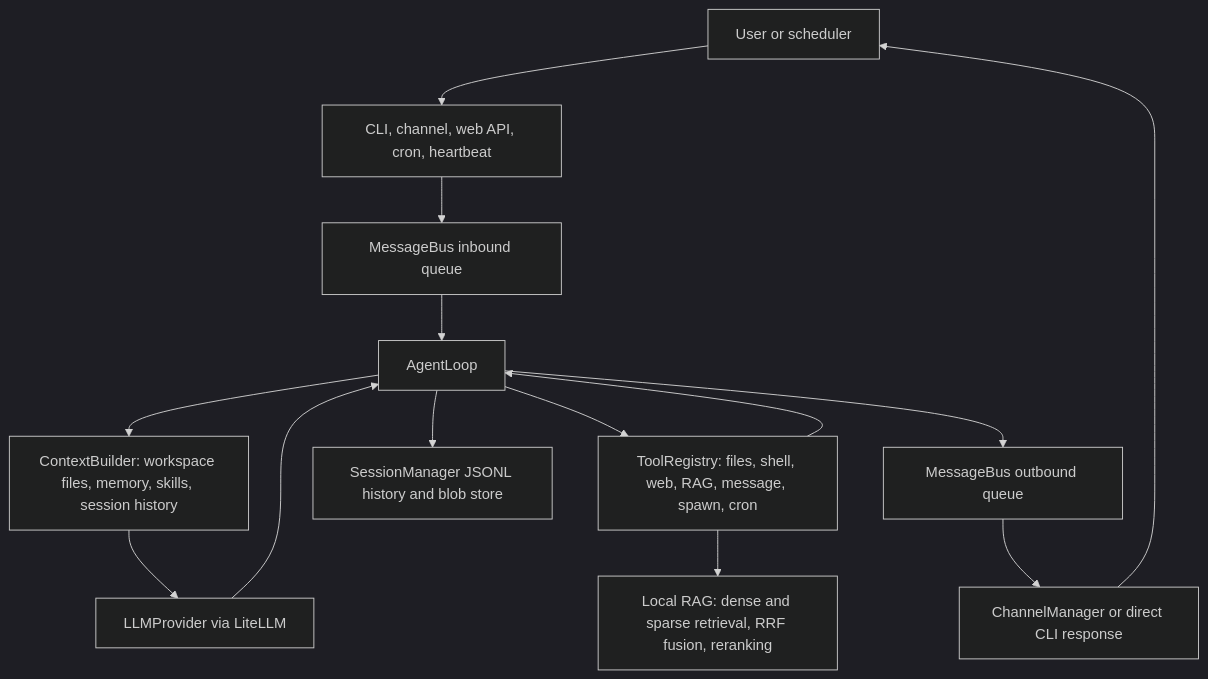
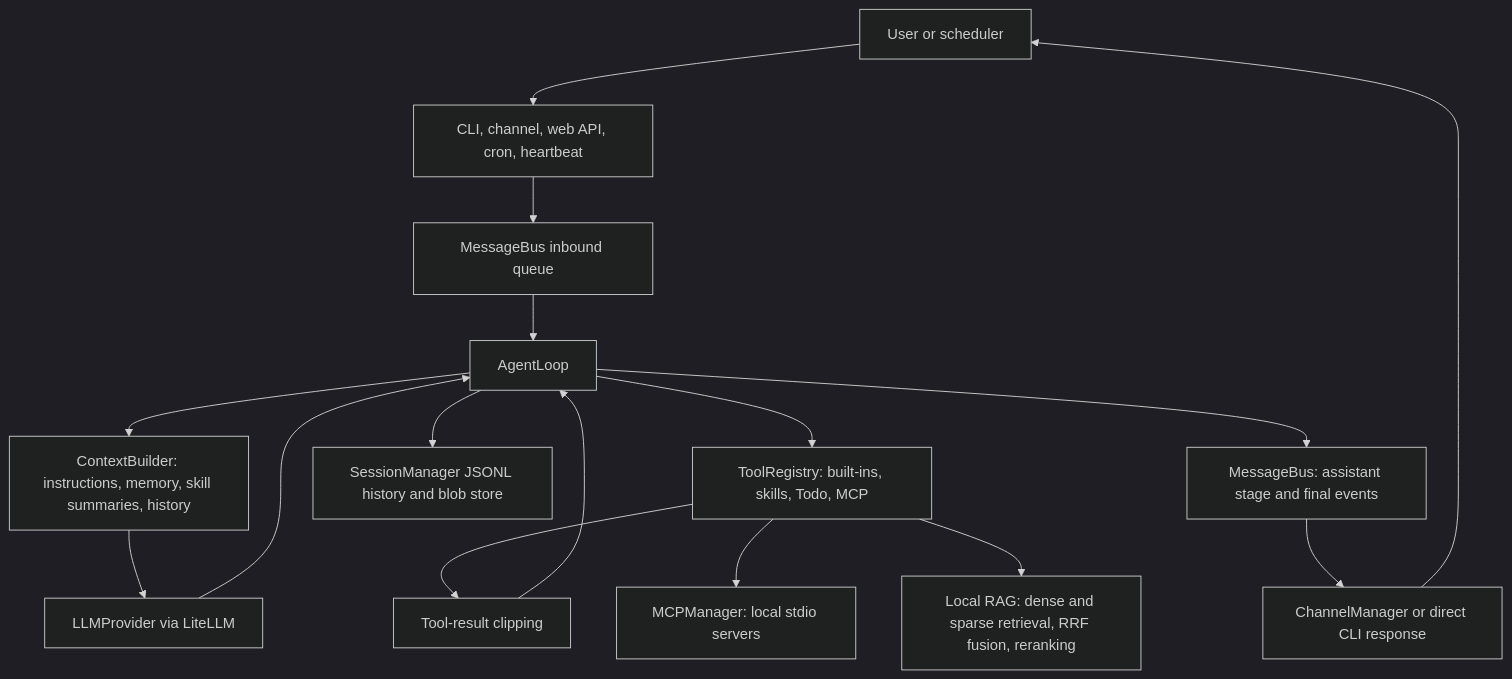
One commit to toughguy1999/nanobot changed the diagram in docs/architecture.md. Above: the diagram before and after it, drawn with Mermaid (dark theme). The commit also changed other lines of this file and 23 other files, not shown here.

````diff
--- a/docs/architecture.md
+++ b/docs/architecture.md
@@ -44,16 +47,18 @@
 ```mermaid
 flowchart TD
     User["User or scheduler"] --> Entry["CLI, channel, web API, cron, heartbeat"]
     Entry --> BusIn["MessageBus inbound queue"]
     BusIn --> Agent["AgentLoop"]
-    Agent --> Context["ContextBuilder: workspace files, memory, skills, session history"]
+    Agent --> Context["ContextBuilder: instructions, memory, skill summaries, history"]
     Context --> Provider["LLMProvider via LiteLLM"]
     Provider --> Agent
-    Agent --> Tools["ToolRegistry: files, shell, web, RAG, message, spawn, cron"]
-    Tools --> Agent
+    Agent --> Tools["ToolRegistry: built-ins, skills, Todo, MCP"]
+    Tools --> Clip["Tool-result clipping"]
+    Clip --> Agent
+    Tools --> MCP["MCPManager: local stdio servers"]
     Tools --> RAG["Local RAG: dense and sparse retrieval, RRF fusion, reranking"]
     Agent --> Sessions["SessionManager JSONL history and blob store"]
-    Agent --> BusOut["MessageBus outbound queue"]
+    Agent --> BusOut["MessageBus: assistant stage and final events"]
     BusOut --> Channels["ChannelManager or direct CLI response"]
     Channels --> User
 ```
````
